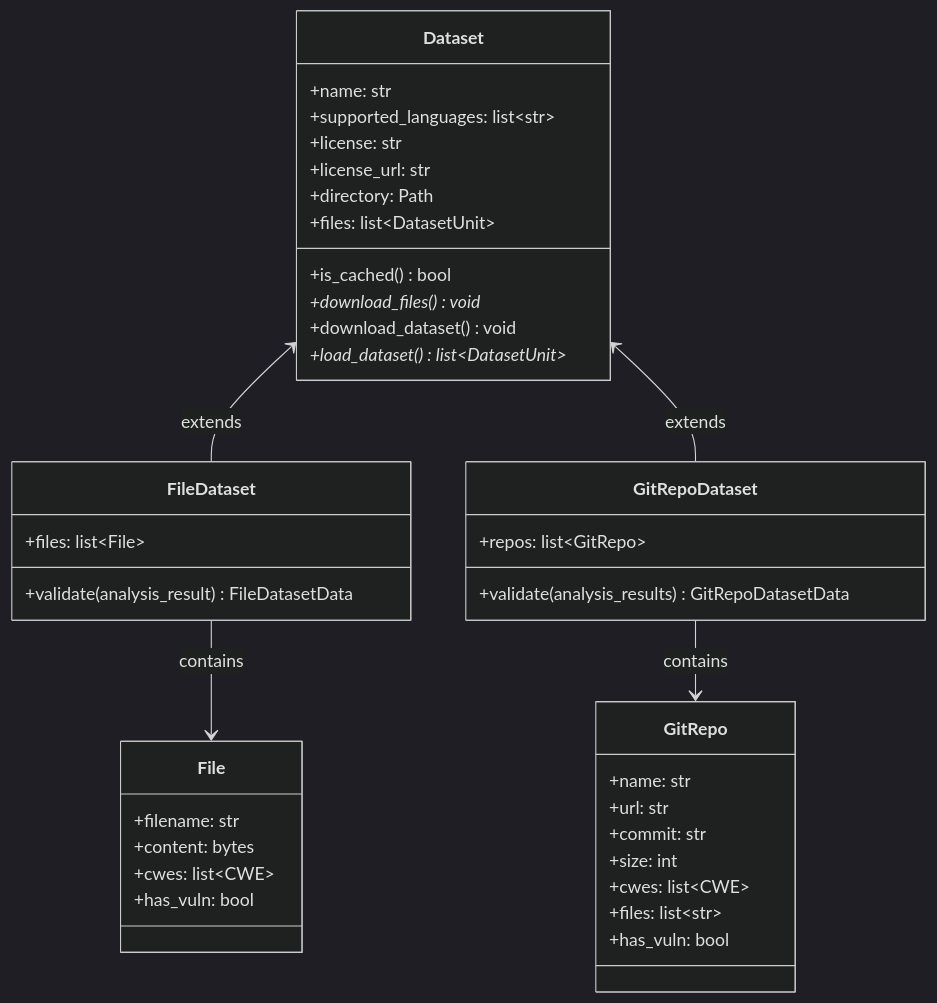
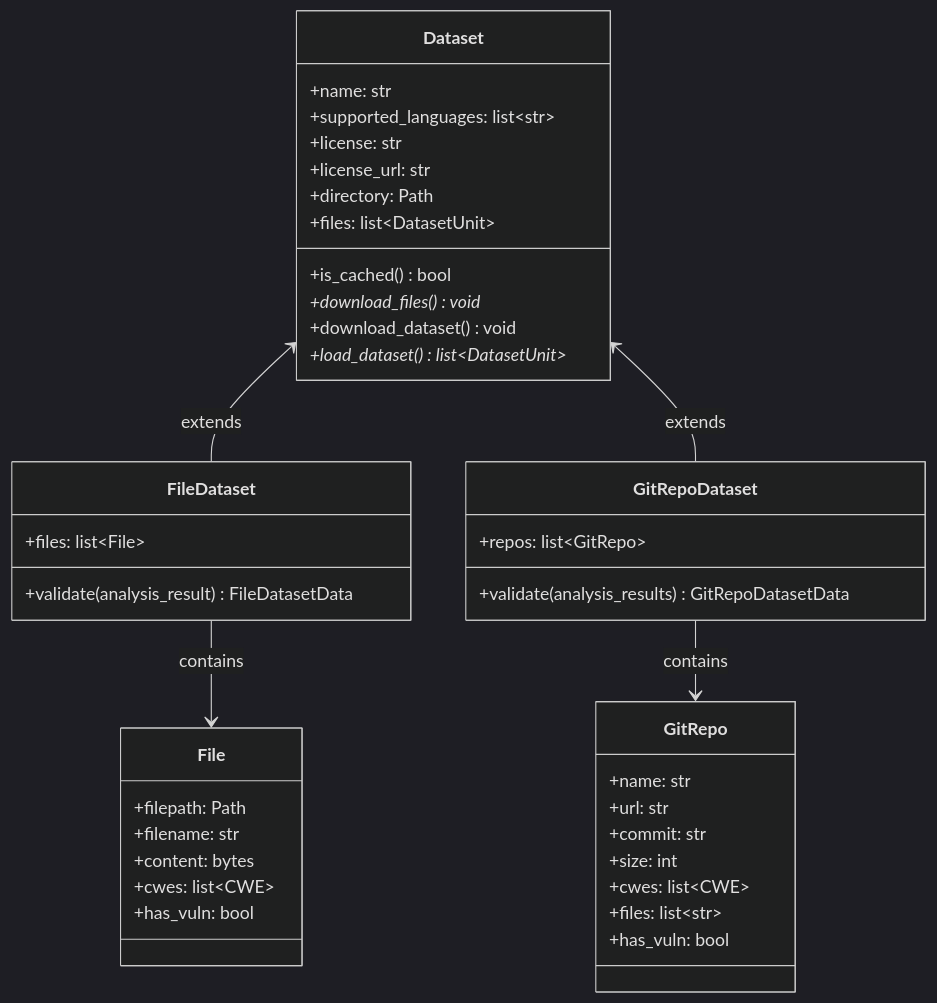
Before and after one commit to OPPIDA/CodeSecTools: the diagram in docs/dataset/index.md, drawn with Mermaid (dark theme). The commit also changed 1 other file, not shown here.

Commit message:
docs: update SAST and Dataset class chart

````diff
--- a/docs/dataset/index.md
+++ b/docs/dataset/index.md
@@ -16,42 +16,43 @@
 ```mermaid
 classDiagram
     class Dataset {
         +name: str
         +supported_languages: list~str~
         +license: str
         +license_url: str
         +directory: Path
         +files: list~DatasetUnit~
         +is_cached() bool
         +download_files()* void
         +download_dataset() void
         +load_dataset()* list~DatasetUnit~
     }
     class FileDataset {
         +files: list~File~
         +validate(analysis_result) FileDatasetData
     }
     class GitRepoDataset {
         +repos: list~GitRepo~
         +validate(analysis_results) GitRepoDatasetData
     }
     class File {
+        +filepath: Path
         +filename: str
         +content: bytes
         +cwes: list~CWE~
         +has_vuln: bool
     }
     class GitRepo {
         +name: str
         +url: str
         +commit: str
         +size: int
         +cwes: list~CWE~
         +files: list~str~
         +has_vuln: bool
     }
     Dataset <-- FileDataset : extends
     Dataset <-- GitRepoDataset : extends
     FileDataset --> File : contains
     GitRepoDataset --> GitRepo : contains
 ```
````
